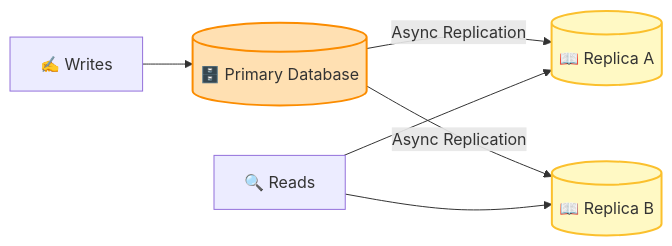
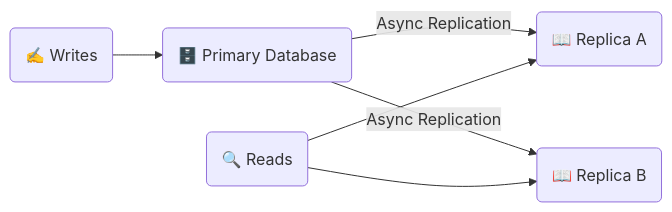
One commit to PKRacha/system-design changed the third of 3 diagrams in basics/02_databases_caching.md. Above: the diagram before and after it, drawn with Mermaid. The commit also changed other lines of this file and 4 other files, not shown here.

Commit message:
docs: standardize all mermaid diagrams with curvy corners and default color styling

````diff
--- a/basics/02_databases_caching.md
+++ b/basics/02_databases_caching.md
@@ -111,12 +107,8 @@
 ```mermaid
 graph LR
-    UserWrite["✍️ Writes"] --> Primary[("🗄️ Primary Database")]
-    Primary -->|Async Replication| R1[("📖 Replica A")]
-    Primary -->|Async Replication| R2[("📖 Replica B")]
+    UserWrite("✍️ Writes") --> Primary("🗄️ Primary Database")
+    Primary -->|Async Replication| R1("📖 Replica A")
+    Primary -->|Async Replication| R2("📖 Replica B")
     
-    UserRead["🔍 Reads"] --> R1 & R2
-    
-    style Primary fill:#ffe0b2,stroke:#fb8c00,stroke-width:2px;
-    style R1 fill:#fff9c4,stroke:#fbc02d,stroke-width:2px;
-    style R2 fill:#fff9c4,stroke:#fbc02d,stroke-width:2px;
+    UserRead("🔍 Reads") --> R1 & R2
 ```
````
